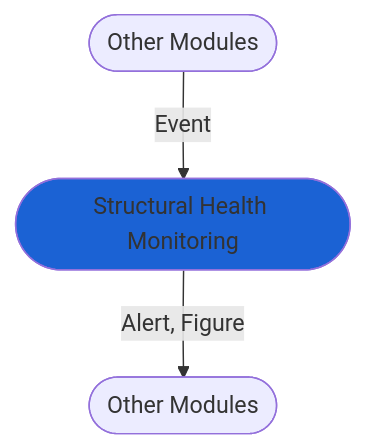
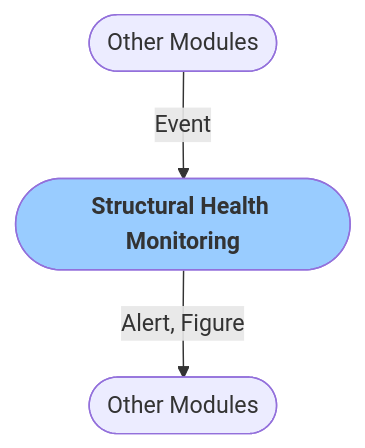
The diagram in docs/grillo-console/modules/technical_computing/shm.md (grillo/grillo-docs), drawn with Mermaid before and after one commit. The commit also changed 38 other files, not shown here.

````diff
--- a/docs/grillo-console/modules/technical_computing/shm.md
+++ b/docs/grillo-console/modules/technical_computing/shm.md
@@ -30,5 +30,5 @@
 ```mermaid
 flowchart TB
-   B([Other Modules])-->|Event| C([Structural Health Monitoring]) -->|Alert, Figure| D([Other Modules])
-   style C fill:#1b62d4
+   B([Other Modules])-->|Event| C([<font color=333333><b>Structural Health Monitoring</b>]) -->|Alert, Figure| D([Other Modules])
+   style C fill:#99CCFF
 ```
````
